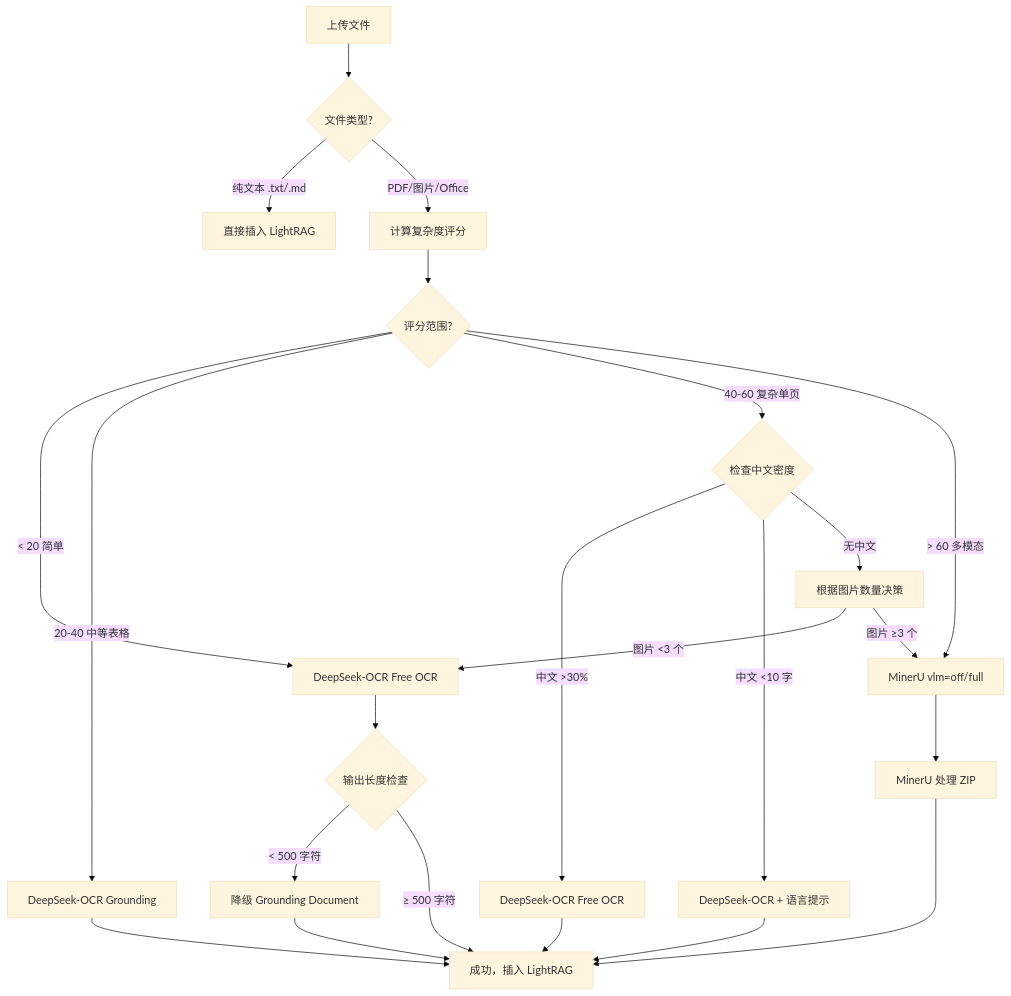
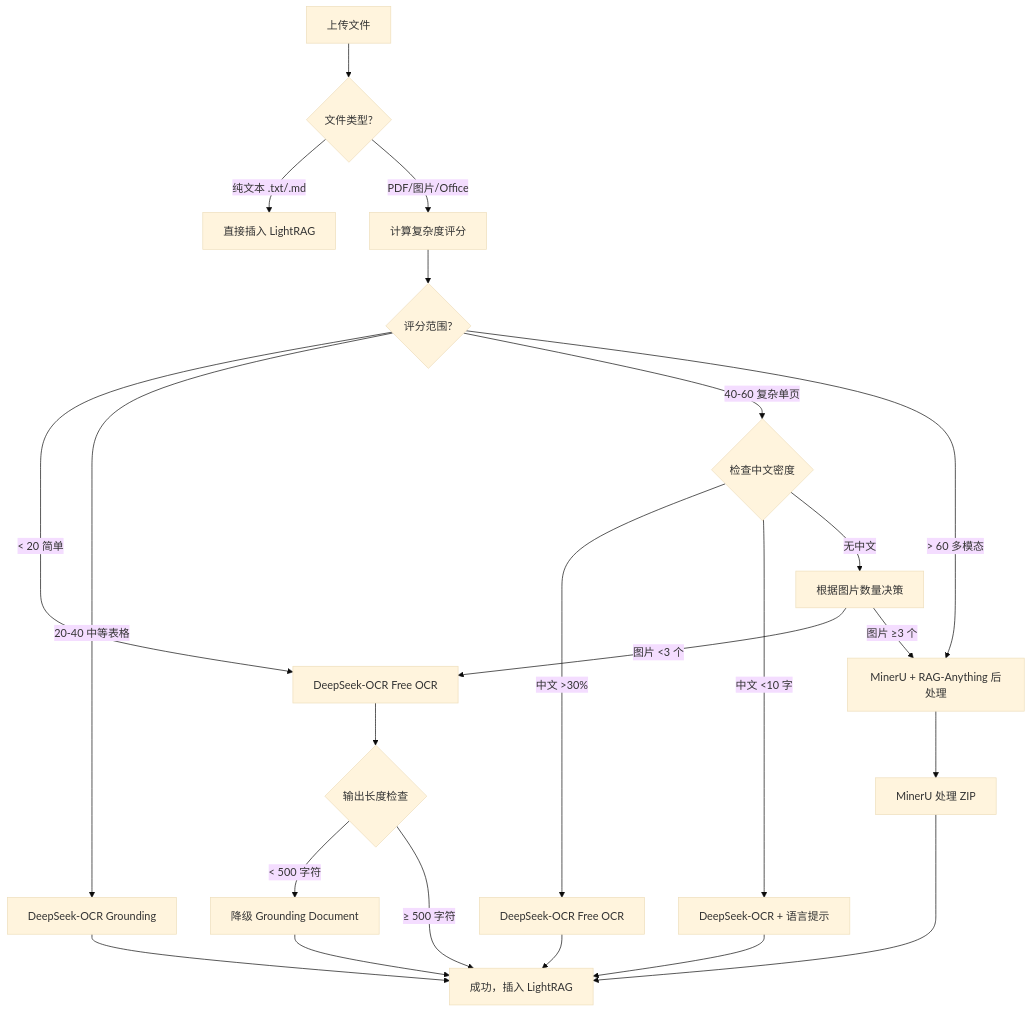
Before and after one commit to BukeLy/rag-api: the diagram in docs/smart-parser-selection-v2.md, drawn with Mermaid (base theme). The commit also changed other lines of this file and 5 other files, not shown here.

````diff
--- a/docs/smart-parser-selection-v2.md
+++ b/docs/smart-parser-selection-v2.md
@@ -52,30 +52,30 @@
 ```mermaid
 graph TD
     A[上传文件] --> B{文件类型?}
     B -->|纯文本 .txt/.md| C[直接插入 LightRAG]
     B -->|PDF/图片/Office| D[计算复杂度评分]
 
     D --> E{评分范围?}
     E -->|< 20 简单| F[DeepSeek-OCR Free OCR]
     E -->|20-40 中等表格| G[DeepSeek-OCR Grounding]
     E -->|40-60 复杂单页| H{检查中文密度}
-    E -->|> 60 多模态| I[MinerU vlm=off/full]
+    E -->|> 60 多模态| I[MinerU + RAG-Anything 后处理]
 
     H -->|中文 >30%| J[DeepSeek-OCR Free OCR]
     H -->|中文 <10 字| K[DeepSeek-OCR + 语言提示]
     H -->|无中文| L[根据图片数量决策]
 
     L -->|图片 <3 个| F
     L -->|图片 ≥3 个| I
 
     F --> M{输出长度检查}
     M -->|< 500 字符| N[降级 Grounding Document]
     M -->|≥ 500 字符| O[成功，插入 LightRAG]
 
     G --> O
     J --> O
     K --> O
     N --> O
     I --> P[MinerU 处理 ZIP]
     P --> O
 ```
````
